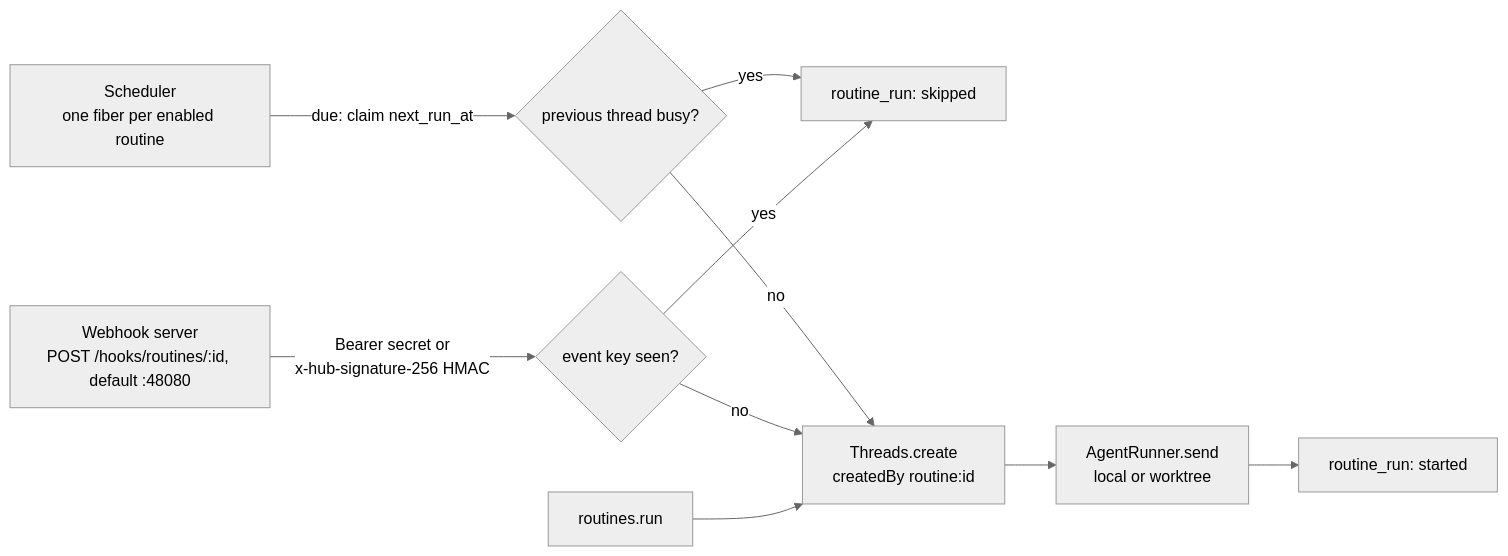
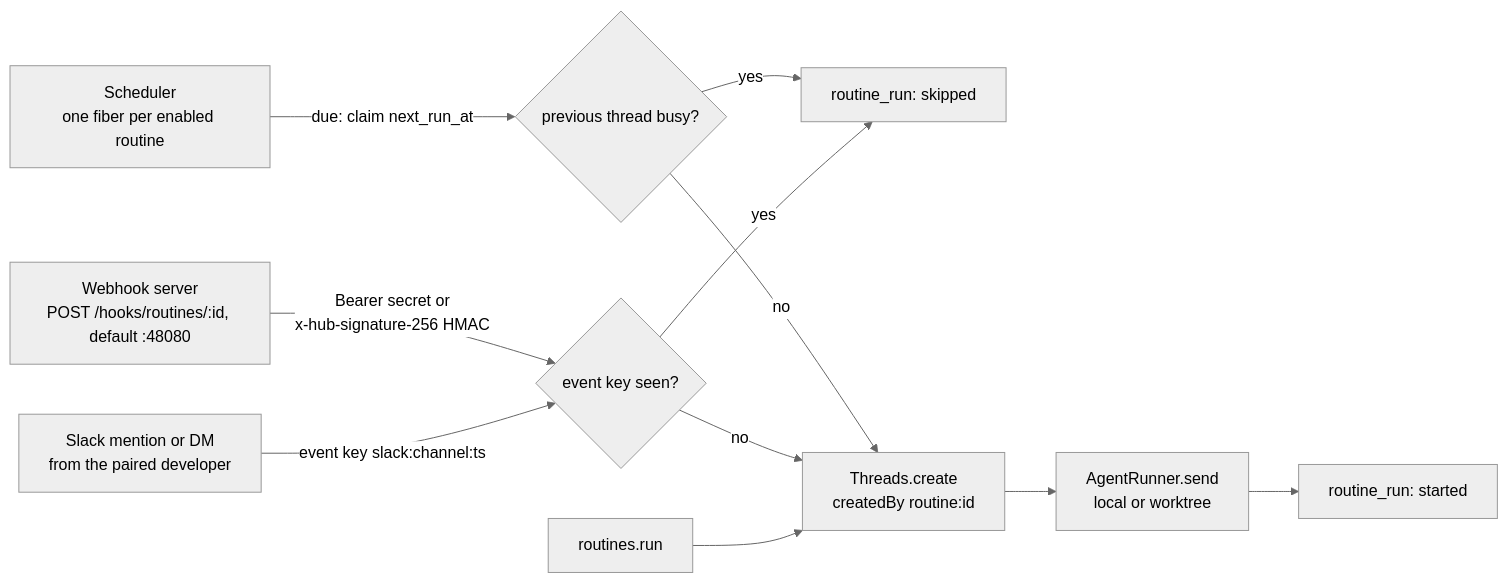
Diagram 18 of 19 in docs/arch.md (hinadev-ai/hinacode), drawn with Mermaid (neutral theme) before and after one commit. The commit also changed other lines of this file and 2 other files, not shown here.

Commit message:
docs(slack): record what the start slice built

````diff
--- a/docs/arch.md
+++ b/docs/arch.md
@@ -720,11 +721,12 @@
 ```mermaid
 flowchart LR
   sched["Scheduler<br/>one fiber per enabled routine"] -- "due: claim next_run_at" --> busy{"previous thread busy?"}
   busy -- yes --> skipped["routine_run: skipped"]
   busy -- no --> start
   wh["Webhook server<br/>POST /hooks/routines/:id, default :48080"] -- "Bearer secret or<br/>x-hub-signature-256 HMAC" --> dedup{"event key seen?"}
   dedup -- yes --> skipped
   dedup -- no --> start
   manual["routines.run"] --> start
+  slack["Slack mention or DM<br/>from the paired developer"] -- "event key slack:channel:ts" --> dedup
   start["Threads.create<br/>createdBy routine:id"] --> send["AgentRunner.send<br/>local or worktree"] --> started["routine_run: started"]
 ```
````
